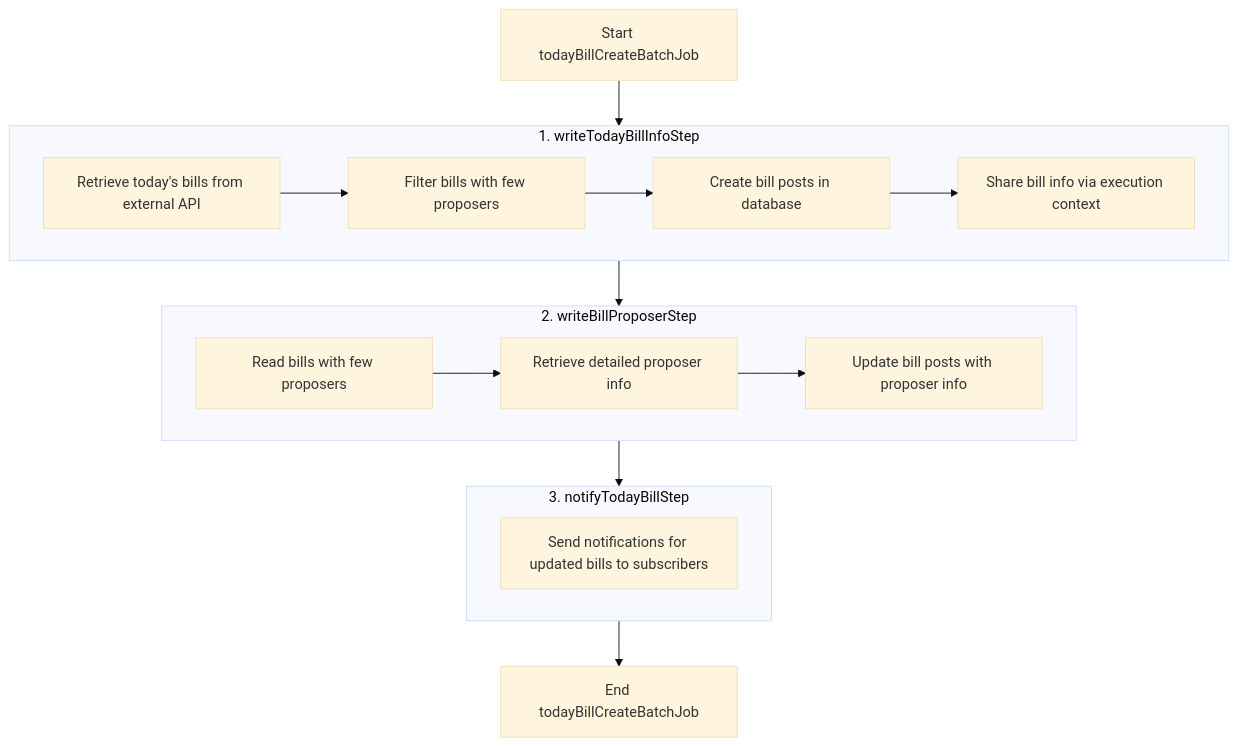
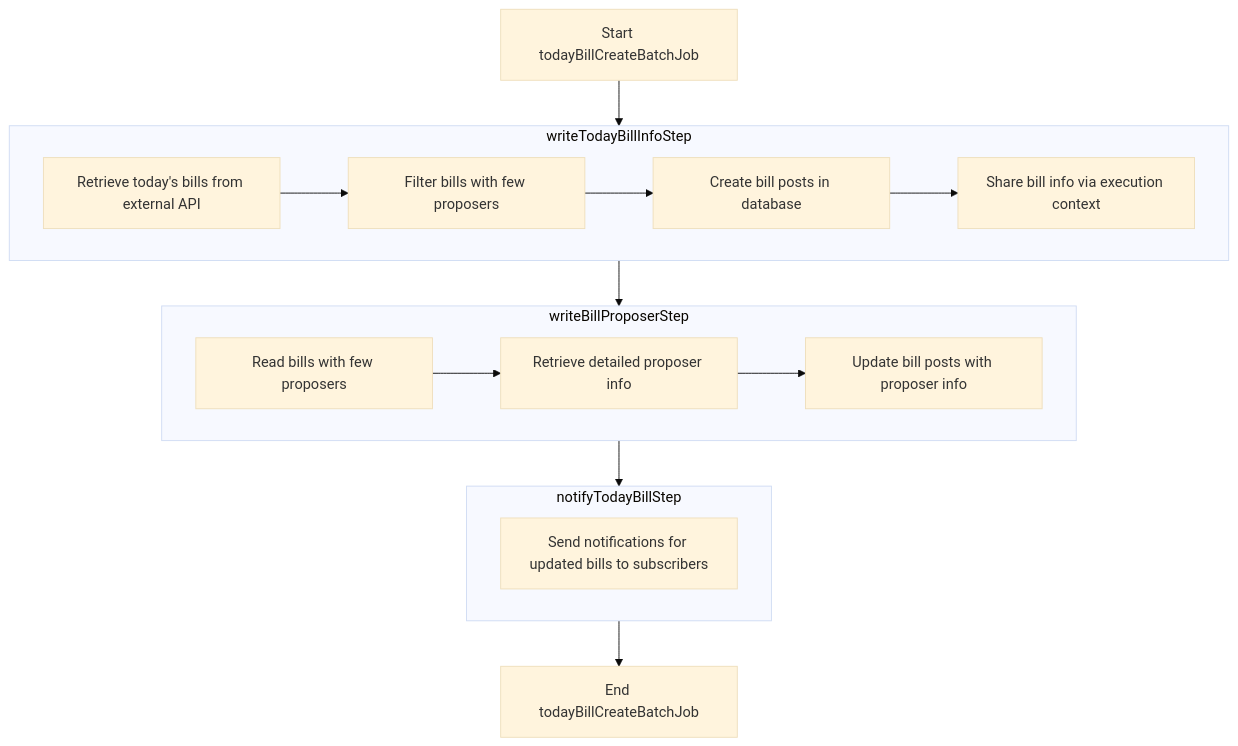
Before and after one commit to ogongchill/barlow: the fourth of 4 diagrams in batch/batch-core/README.md, drawn with Mermaid (base theme). The commit also changed other lines of this file, not shown here.

````diff
--- a/batch/batch-core/README.md
+++ b/batch/batch-core/README.md
@@ -180,33 +180,33 @@
 ```mermaid
 flowchart TD
     Start[Start todayBillCreateBatchJob]
     step1["1. writeTodayBillInfoStep"]
     step2["2. writeBillProposerStep"]
     step3["3. notifyTodayBillStep"]
     End[End todayBillCreateBatchJob]
     Start --> step1
     step1 --> step2
     step2 --> step3
     step3 --> End
 %% Step 1 내부 로직
-    subgraph step1 [1. writeTodayBillInfoStep]
+    subgraph step1 [writeTodayBillInfoStep]
         TI1[Retrieve today's bills from external API]
         TI2[Filter bills with few proposers]
         TI3[Create bill posts in database]
         TI4[Share bill info via execution context]
         TI1 --> TI2 --> TI3 --> TI4
     end
 
 %% Step 2 내부 로직
-    subgraph step2 [2. writeBillProposerStep]
+    subgraph step2 [writeBillProposerStep]
         BP1[Read bills with few proposers]
         BP2[Retrieve detailed proposer info]
         BP3[Update bill posts with proposer info]
         BP1 --> BP2 --> BP3
     end
 
 %% Step 3 내부 로직
-    subgraph step3 [3. notifyTodayBillStep]
+    subgraph step3 [notifyTodayBillStep]
         N1[Send notifications for updated bills to subscribers]
     end
 ```
````
